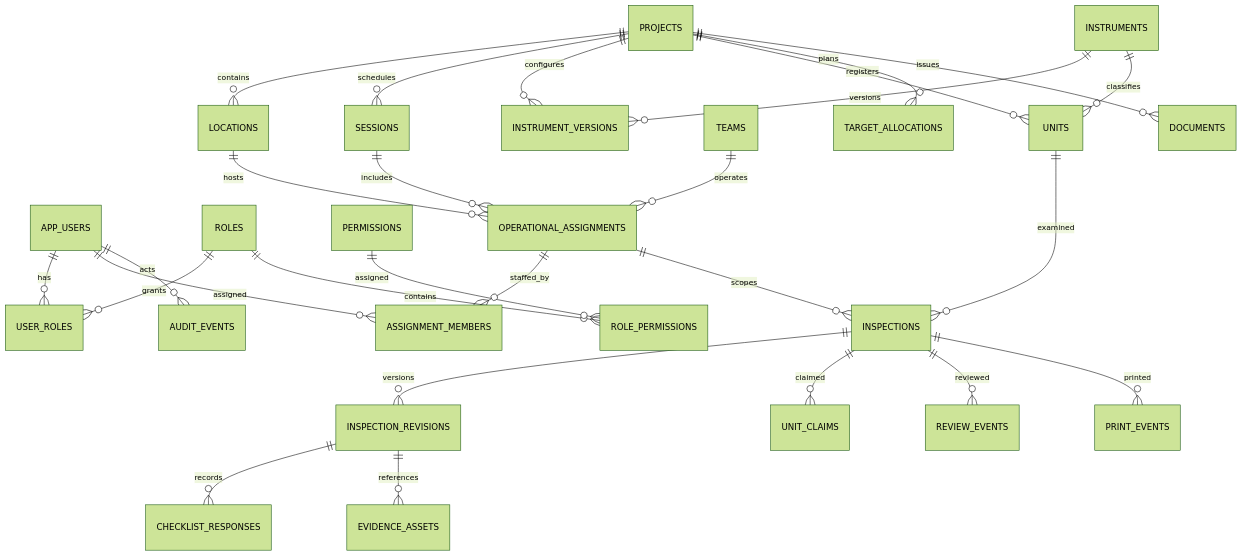
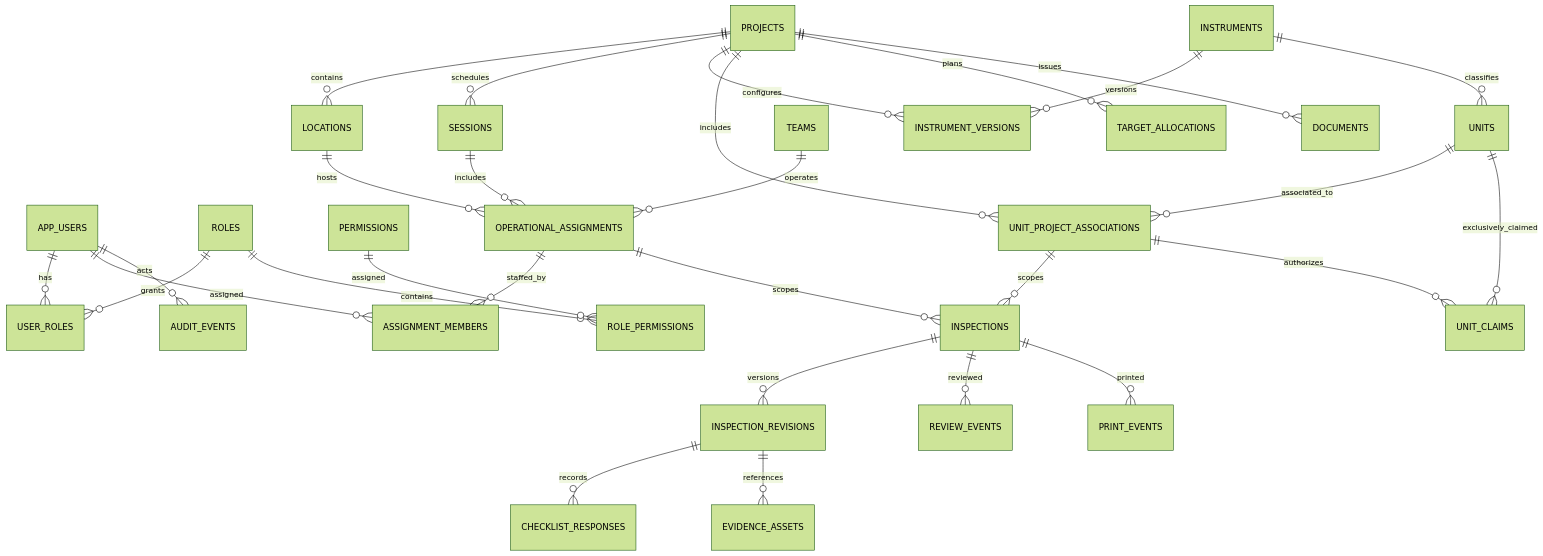
One commit to itswork-app/dit-sd-inspection changed the diagram in docs/02-architecture/DATA-MODEL-AND-ERD.md. Above: the diagram before and after it, drawn with Mermaid (forest theme). The commit also changed other lines of this file, not shown here.

Commit message:
docs: define canonical unit project association model

````diff
--- a/docs/02-architecture/DATA-MODEL-AND-ERD.md
+++ b/docs/02-architecture/DATA-MODEL-AND-ERD.md
@@ -19,29 +19,31 @@
 ```mermaid
 erDiagram
   APP_USERS ||--o{ USER_ROLES : has
   ROLES ||--o{ USER_ROLES : grants
   ROLES ||--o{ ROLE_PERMISSIONS : contains
   PERMISSIONS ||--o{ ROLE_PERMISSIONS : assigned
   APP_USERS ||--o{ ASSIGNMENT_MEMBERS : assigned
   PROJECTS ||--o{ LOCATIONS : contains
   PROJECTS ||--o{ SESSIONS : schedules
   PROJECTS ||--o{ INSTRUMENT_VERSIONS : configures
   LOCATIONS ||--o{ OPERATIONAL_ASSIGNMENTS : hosts
   SESSIONS ||--o{ OPERATIONAL_ASSIGNMENTS : includes
   TEAMS ||--o{ OPERATIONAL_ASSIGNMENTS : operates
   OPERATIONAL_ASSIGNMENTS ||--o{ ASSIGNMENT_MEMBERS : staffed_by
   INSTRUMENTS ||--o{ INSTRUMENT_VERSIONS : versions
-  PROJECTS ||--o{ UNITS : registers
   INSTRUMENTS ||--o{ UNITS : classifies
-  UNITS ||--o{ INSPECTIONS : examined
+  UNITS ||--o{ UNIT_PROJECT_ASSOCIATIONS : associated_to
+  PROJECTS ||--o{ UNIT_PROJECT_ASSOCIATIONS : includes
+  UNIT_PROJECT_ASSOCIATIONS ||--o{ INSPECTIONS : scopes
   OPERATIONAL_ASSIGNMENTS ||--o{ INSPECTIONS : scopes
   INSPECTIONS ||--o{ INSPECTION_REVISIONS : versions
   INSPECTION_REVISIONS ||--o{ CHECKLIST_RESPONSES : records
   INSPECTION_REVISIONS ||--o{ EVIDENCE_ASSETS : references
-  INSPECTIONS ||--o{ UNIT_CLAIMS : claimed
+  UNITS ||--o{ UNIT_CLAIMS : exclusively_claimed
+  UNIT_PROJECT_ASSOCIATIONS ||--o{ UNIT_CLAIMS : authorizes
   INSPECTIONS ||--o{ REVIEW_EVENTS : reviewed
   PROJECTS ||--o{ TARGET_ALLOCATIONS : plans
   INSPECTIONS ||--o{ PRINT_EVENTS : printed
   PROJECTS ||--o{ DOCUMENTS : issues
   APP_USERS ||--o{ AUDIT_EVENTS : acts
 ```
````
